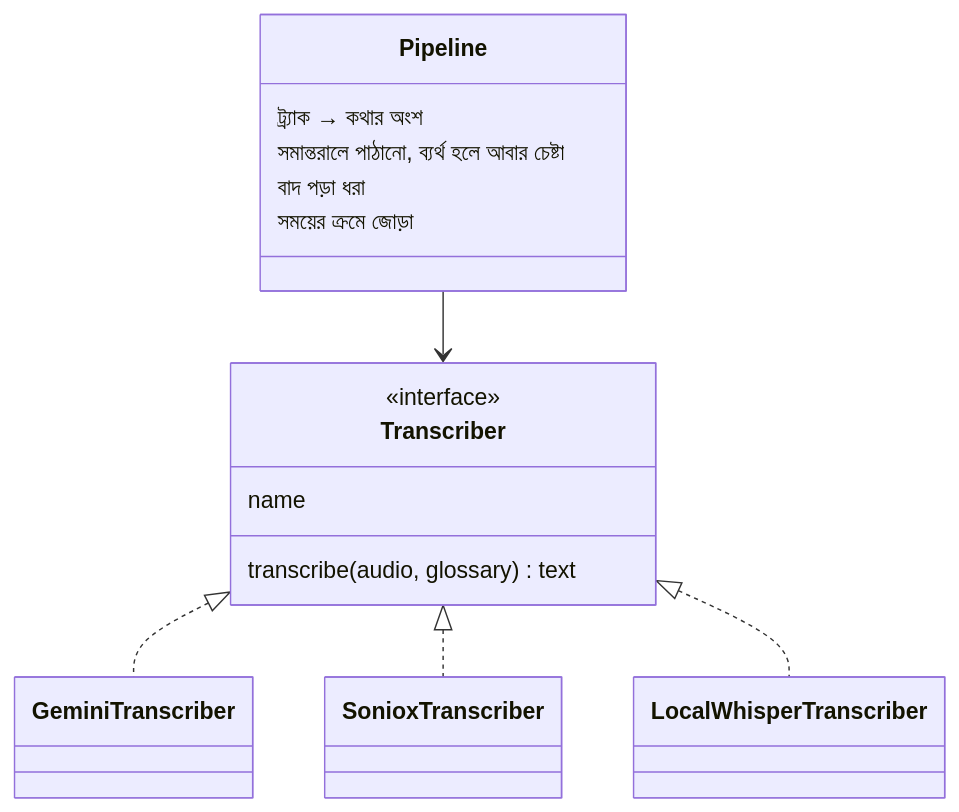
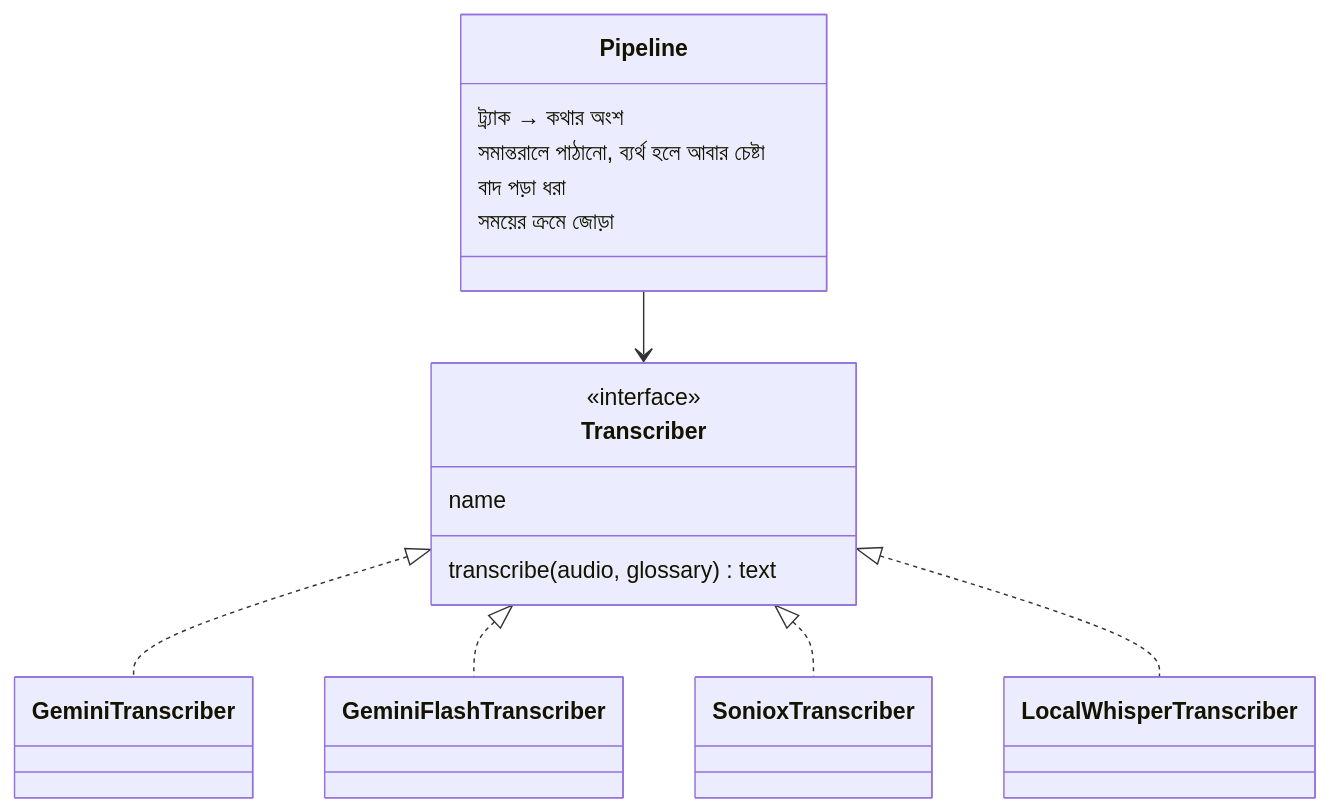
The fourth of 7 diagrams in DESIGN.md (mirsabbir/anymeet), drawn with Mermaid before and after one commit. The commit also changed other lines of this file and 21 other files, not shown here.

````diff
--- a/DESIGN.md
+++ b/DESIGN.md
@@ -108,21 +108,23 @@
 ```mermaid
 classDiagram
     class Transcriber {
         <<interface>>
         name
         transcribe(audio, glossary) text
     }
     class GeminiTranscriber
+    class GeminiFlashTranscriber
     class SonioxTranscriber
     class LocalWhisperTranscriber
     Transcriber <|.. GeminiTranscriber
+    Transcriber <|.. GeminiFlashTranscriber
     Transcriber <|.. SonioxTranscriber
     Transcriber <|.. LocalWhisperTranscriber
     class Pipeline {
         ট্র্যাক → কথার অংশ
         সমান্তরালে পাঠানো, ব্যর্থ হলে আবার চেষ্টা
         বাদ পড়া ধরা
         সময়ের ক্রমে জোড়া
     }
     Pipeline --> Transcriber
 ```
````
